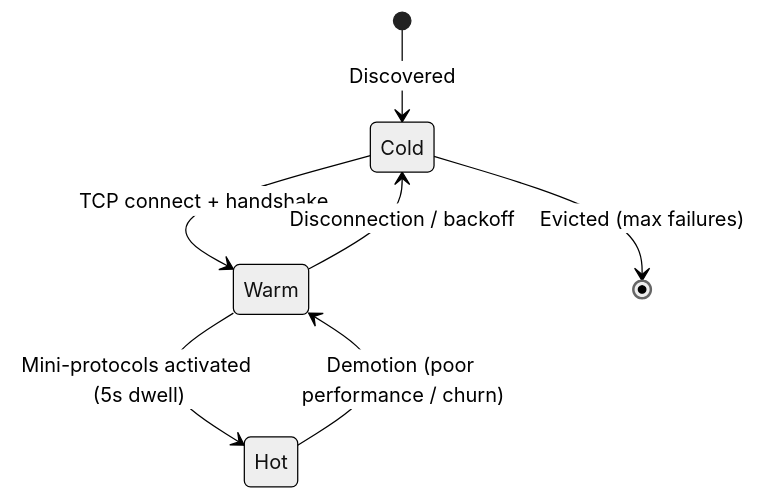
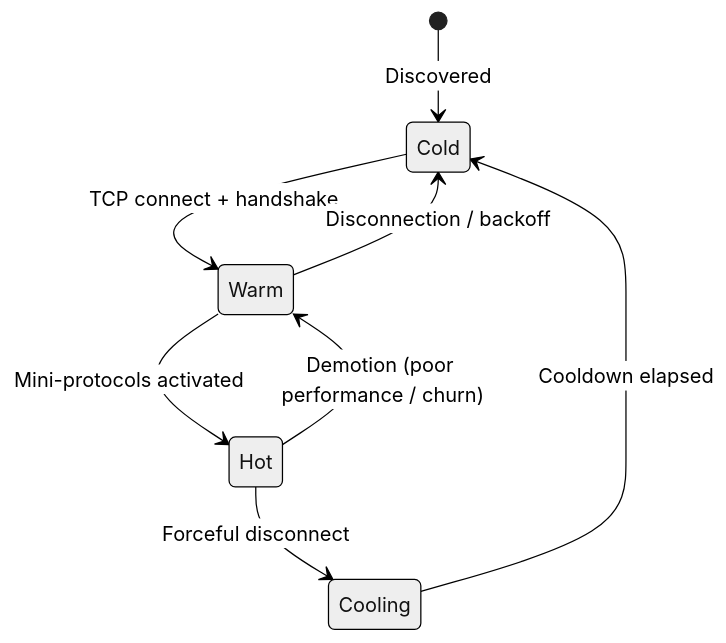
The third of 3 diagrams in docs/src/architecture/networking.md (michaeljfazio/dugite), drawn with Mermaid (neutral theme) before and after one commit. The commit also changed other lines of this file and 54 other files, not shown here.

````diff
--- a/docs/src/architecture/networking.md
+++ b/docs/src/architecture/networking.md
@@ -255,9 +259,10 @@
 ```mermaid
 stateDiagram-v2
     [*] --> Cold: Discovered
     Cold --> Warm: TCP connect + handshake
-    Warm --> Hot: Mini-protocols activated (5s dwell)
+    Warm --> Hot: Mini-protocols activated
     Hot --> Warm: Demotion (poor performance / churn)
     Warm --> Cold: Disconnection / backoff
-    Cold --> [*]: Evicted (max failures)
+    Hot --> Cooling: Forceful disconnect
+    Cooling --> Cold: Cooldown elapsed
 ```
````
